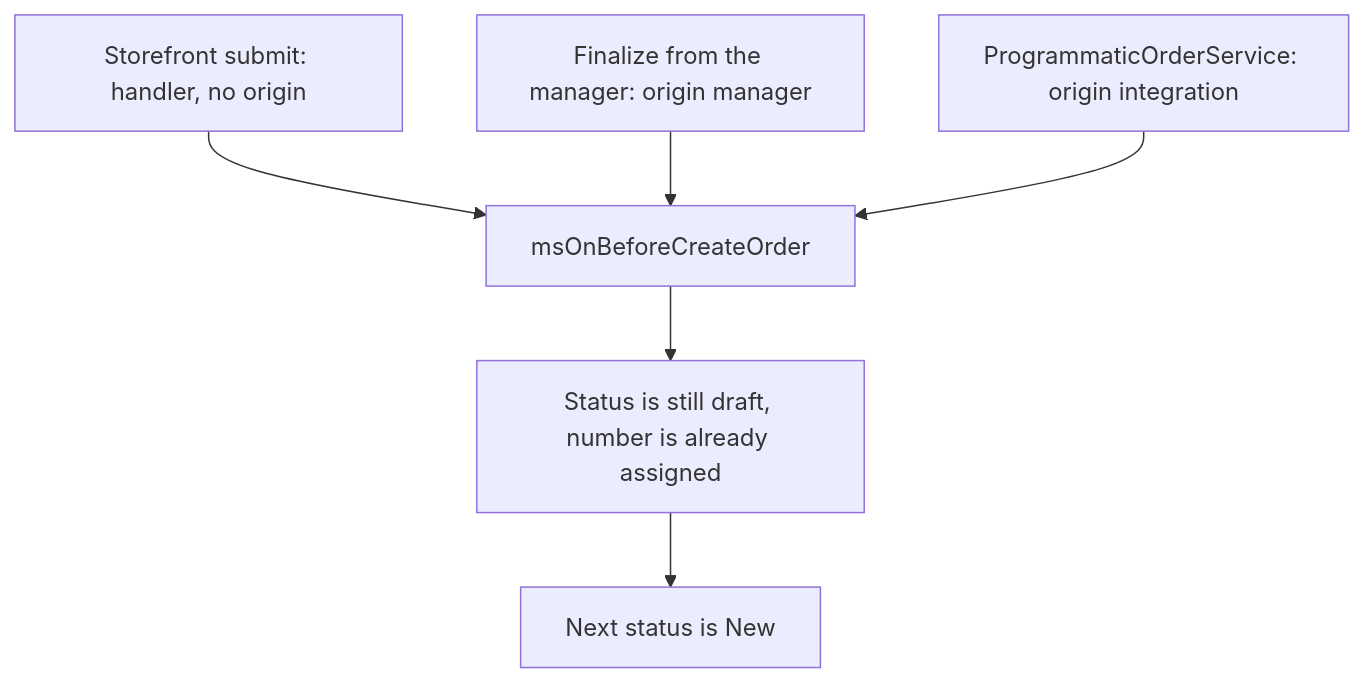
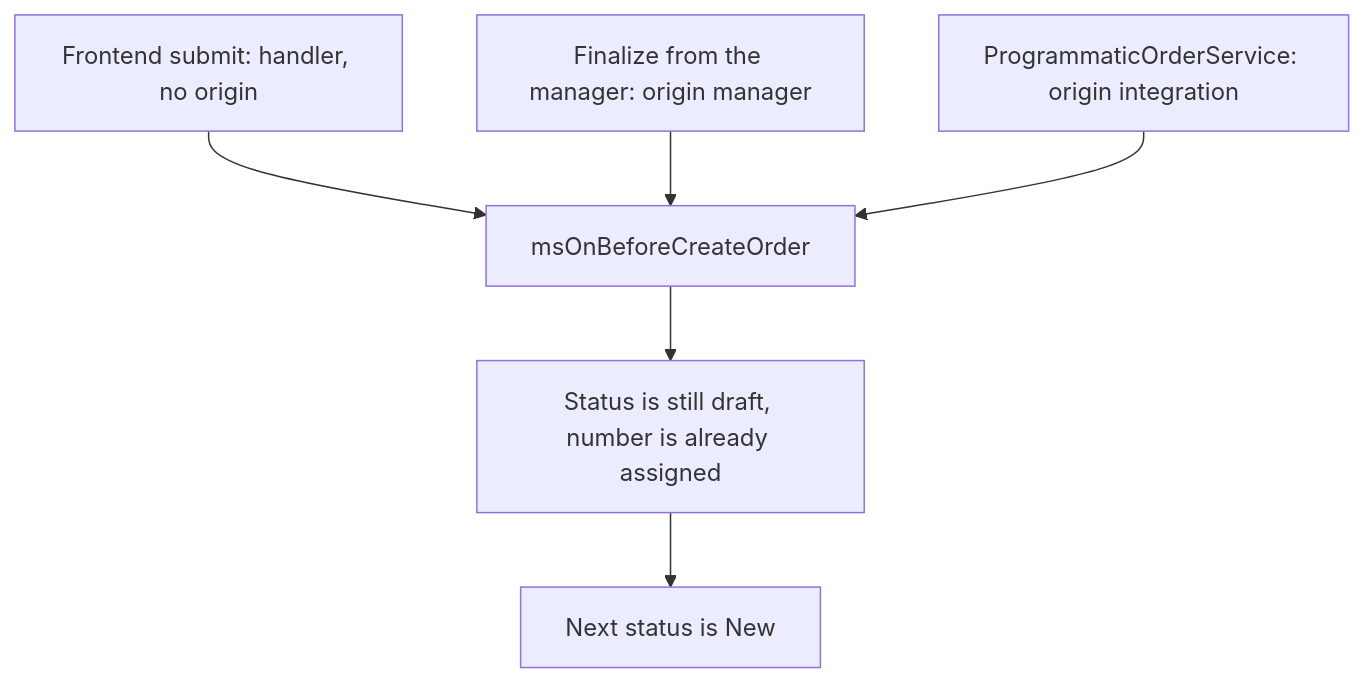
The second of 2 diagrams in docs/en/components/minishop3/development/events/order.md (modx-pro/Docs), drawn with Mermaid before and after one commit. The commit also changed other lines of this file and 4 other files, not shown here.

First line of the commit message:
docs(minishop3): заменить storefront на frontend в английских страницах PR

````diff
--- a/docs/en/components/minishop3/development/events/order.md
+++ b/docs/en/components/minishop3/development/events/order.md
@@ -392,8 +392,8 @@
 ```mermaid
 flowchart TD
-  store["Storefront submit: handler, no origin"] --> event["msOnBeforeCreateOrder"]
+  store["Frontend submit: handler, no origin"] --> event["msOnBeforeCreateOrder"]
   admin["Finalize from the manager: origin manager"] --> event
   api["ProgrammaticOrderService: origin integration"] --> event
   event --> draft["Status is still draft, number is already assigned"]
   draft --> statusNew["Next status is New"]
 ```
````
